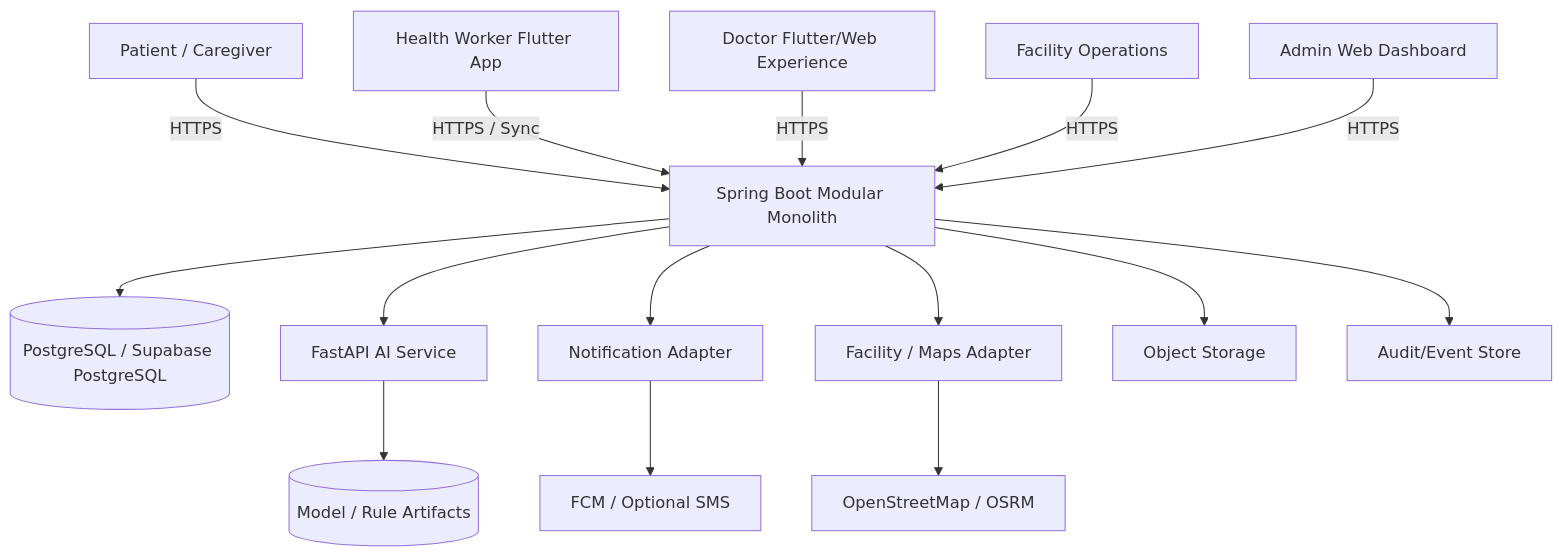
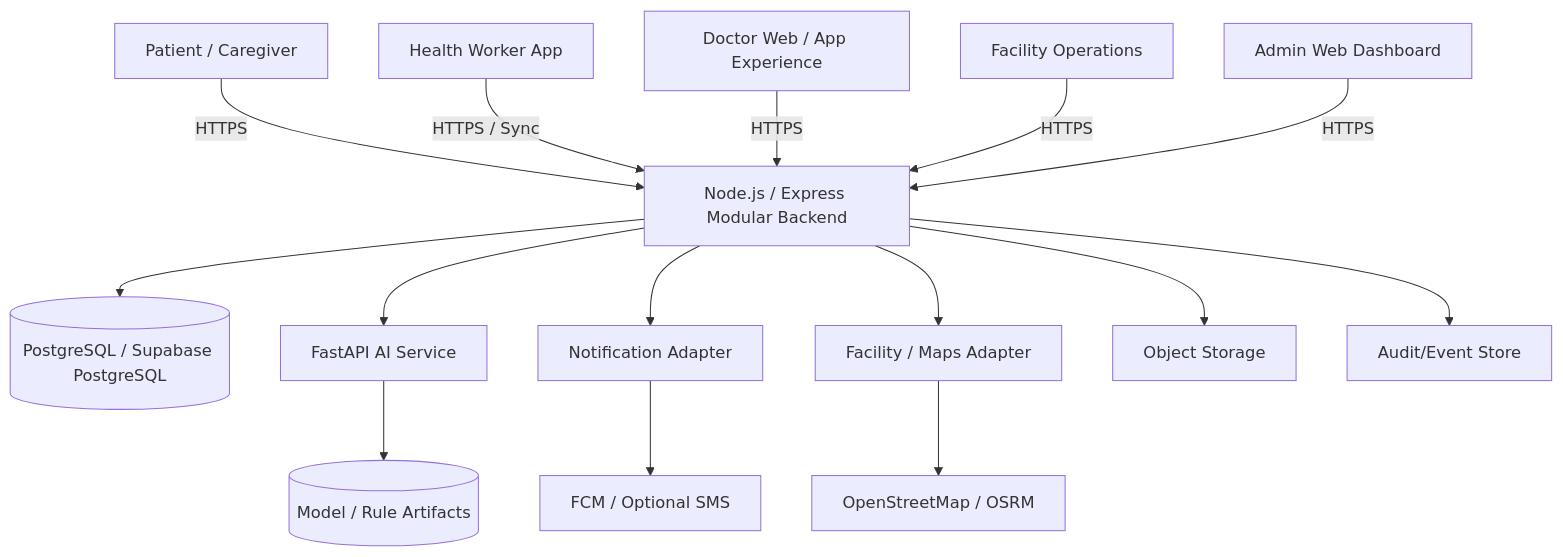
Before and after one commit to Sumit-Ratna/Swasthya-New: the first of 10 diagrams in ARCHITECTURE.md, drawn with Mermaid. The commit also changed 5 other files, not shown here.

````diff
--- a/ARCHITECTURE.md
+++ b/ARCHITECTURE.md
@@ -55,19 +55,19 @@
 ``` mermaid
 graph TD
-    P[Patient / Caregiver] -->|HTTPS| API[Spring Boot Modular Monolith]
-    HW[Health Worker Flutter App] -->|HTTPS / Sync| API
-    D[Doctor Flutter/Web Experience] -->|HTTPS| API
+    P[Patient / Caregiver] -->|HTTPS| API[Node.js / Express Modular Backend]
+    HW[Health Worker App] -->|HTTPS / Sync| API
+    D[Doctor Web / App Experience] -->|HTTPS| API
     FS[Facility Operations] -->|HTTPS| API
     AD[Admin Web Dashboard] -->|HTTPS| API
 
     API --> DB[(PostgreSQL / Supabase PostgreSQL)]
     API --> AI[FastAPI AI Service]
     API --> N[Notification Adapter]
     API --> MAP[Facility / Maps Adapter]
     API --> OBJ[Object Storage]
     API --> AUD[Audit/Event Store]
 
     AI --> MODEL[(Model / Rule Artifacts)]
     N --> PUSH[FCM / Optional SMS]
     MAP --> OSM[OpenStreetMap / OSRM]
 ```
````
